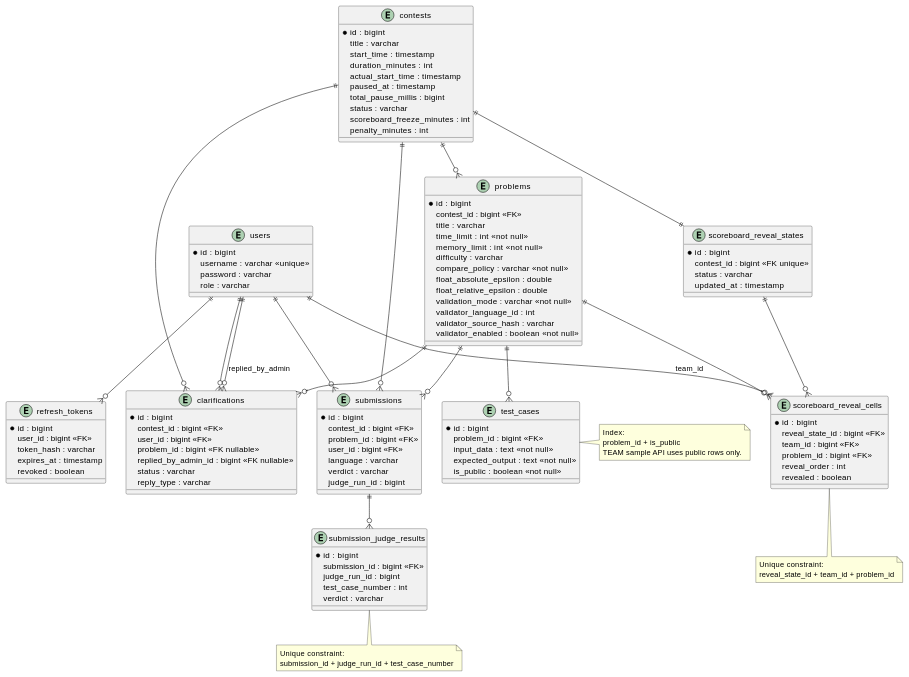
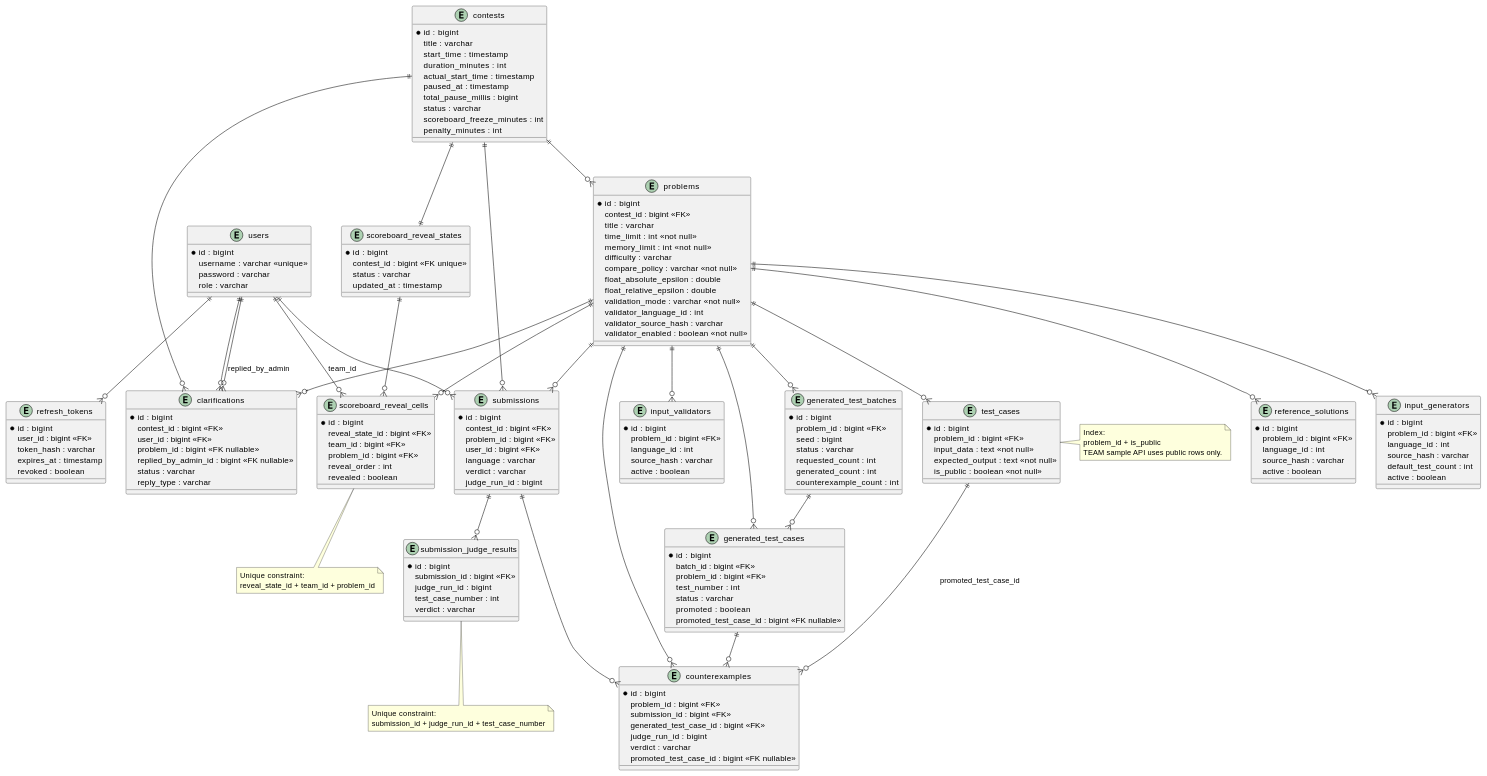
One commit to AuraC-graduate-project/AuraC2 changed diagram 17 of 18 in docs/report-rebuild/diagram-prompts.md. Above: the diagram before and after it, drawn with PlantUML. The commit also changed other lines of this file and 39 other files, not shown here.

Commit message:
wip(phase-8): start reference oracle and generated tests workflow

```diff
--- a/docs/report-rebuild/diagram-prompts.md
+++ b/docs/report-rebuild/diagram-prompts.md
@@ -904,6 +954,55 @@
   reveal_order : int
   revealed : boolean
 }
+entity reference_solutions {
+  * id : bigint
+  problem_id : bigint <<FK>>
+  language_id : int
+  source_hash : varchar
+  active : boolean
+}
+entity input_generators {
+  * id : bigint
+  problem_id : bigint <<FK>>
+  language_id : int
+  source_hash : varchar
+  default_test_count : int
+  active : boolean
+}
+entity input_validators {
+  * id : bigint
+  problem_id : bigint <<FK>>
+  language_id : int
+  source_hash : varchar
+  active : boolean
+}
+entity generated_test_batches {
+  * id : bigint
+  problem_id : bigint <<FK>>
+  seed : bigint
+  status : varchar
+  requested_count : int
+  generated_count : int
+  counterexample_count : int
+}
+entity generated_test_cases {
+  * id : bigint
+  batch_id : bigint <<FK>>
+  problem_id : bigint <<FK>>
+  test_number : int
+  status : varchar
+  promoted : boolean
+  promoted_test_case_id : bigint <<FK nullable>>
+}
+entity counterexamples {
+  * id : bigint
+  problem_id : bigint <<FK>>
+  submission_id : bigint <<FK>>
+  generated_test_case_id : bigint <<FK>>
+  judge_run_id : bigint
+  verdict : varchar
+  promoted_test_case_id : bigint <<FK nullable>>
+}
 users ||--o{ refresh_tokens
 contests ||--o{ problems
 problems ||--o{ test_cases
@@ -919,6 +1018,16 @@
 scoreboard_reveal_states ||--o{ scoreboard_reveal_cells
 users ||--o{ scoreboard_reveal_cells : team_id
 problems ||--o{ scoreboard_reveal_cells
+problems ||--o{ reference_solutions
+problems ||--o{ input_generators
+problems ||--o{ input_validators
+problems ||--o{ generated_test_batches
+generated_test_batches ||--o{ generated_test_cases
+problems ||--o{ generated_test_cases
+problems ||--o{ counterexamples
+submissions ||--o{ counterexamples
+generated_test_cases ||--o{ counterexamples
+test_cases ||--o{ counterexamples : promoted_test_case_id
 note bottom of submission_judge_results
 Unique constraint:
 submission_id + judge_run_id + test_case_number
```
